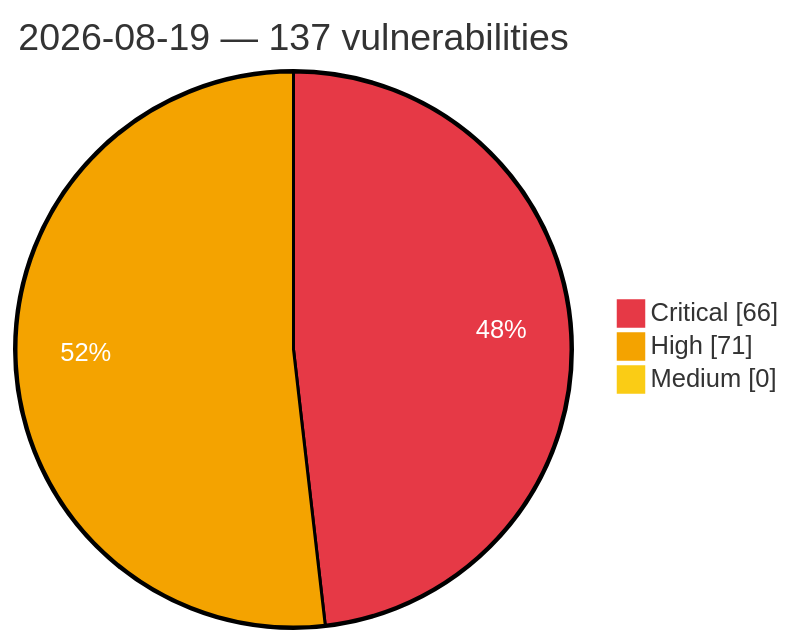
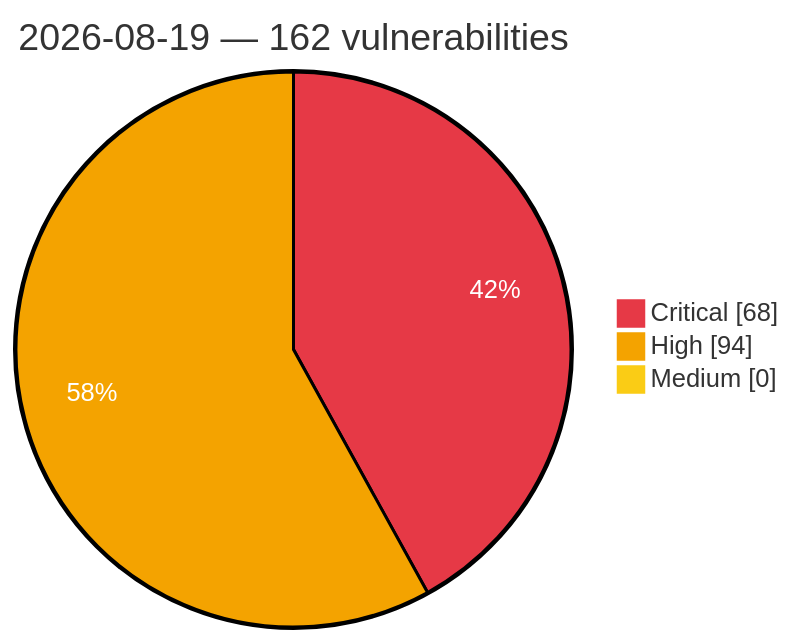
The diagram in vulnerabilities/2026/August/2026-08-19.md (GhostX0X/vuln-tracker), drawn with Mermaid before and after one commit. The commit also changed other lines of this file and 5 other files, not shown here.

Commit message:
Auto update: critical/high vulns (2026-08-19 22:40 UTC)

````diff
--- a/vulnerabilities/2026/August/2026-08-19.md
+++ b/vulnerabilities/2026/August/2026-08-19.md
@@ -3,8 +3,8 @@
 ```mermaid
 %%{init: {'theme':'base', 'themeVariables': {'pie1':'#e63946', 'pie2':'#f4a300', 'pie3':'#facc15', 'pieOpacity':'1', 'pieOuterStrokeWidth':'2px', 'pieSectionTextColor':'#ffffff'}}}%%
 pie showData
-    title 2026-08-19 — 137 vulnerabilities
-    "Critical" : 66
-    "High" : 71
+    title 2026-08-19 — 162 vulnerabilities
+    "Critical" : 68
+    "High" : 94
     "Medium" : 0
 ```
````
